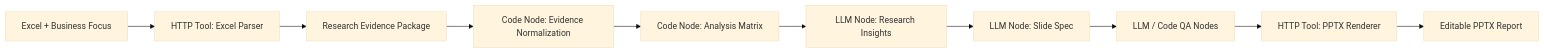
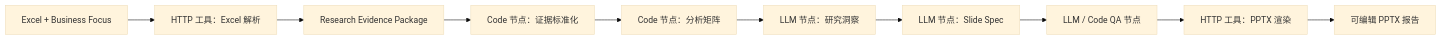
One commit to zhouhan815/market-research-dify-ppt-showcase changed the diagram in README.md. Above: the diagram before and after it, drawn with Mermaid (base theme). The commit also changed other lines of this file, not shown here.

````diff
--- a/README.md
+++ b/README.md
@@ -56,12 +59,12 @@
 ```mermaid
 flowchart LR
-    A[Excel + Business Focus] --> B[HTTP Tool: Excel Parser]
-    B --> C[Research Evidence Package]
-    C --> D[Code Node: Evidence Normalization]
-    D --> E[Code Node: Analysis Matrix]
-    E --> F[LLM Node: Research Insights]
-    F --> G[LLM Node: Slide Spec]
-    G --> H[LLM / Code QA Nodes]
-    H --> I[HTTP Tool: PPTX Renderer]
-    I --> J[Editable PPTX Report]
+    A["Excel + Business Focus"] --> B["HTTP 工具：Excel 解析"]
+    B --> C["Research Evidence Package"]
+    C --> D["Code 节点：证据标准化"]
+    D --> E["Code 节点：分析矩阵"]
+    E --> F["LLM 节点：研究洞察"]
+    F --> G["LLM 节点：Slide Spec"]
+    G --> H["LLM / Code QA 节点"]
+    H --> I["HTTP 工具：PPTX 渲染"]
+    I --> J["可编辑 PPTX 报告"]
 ```
````
